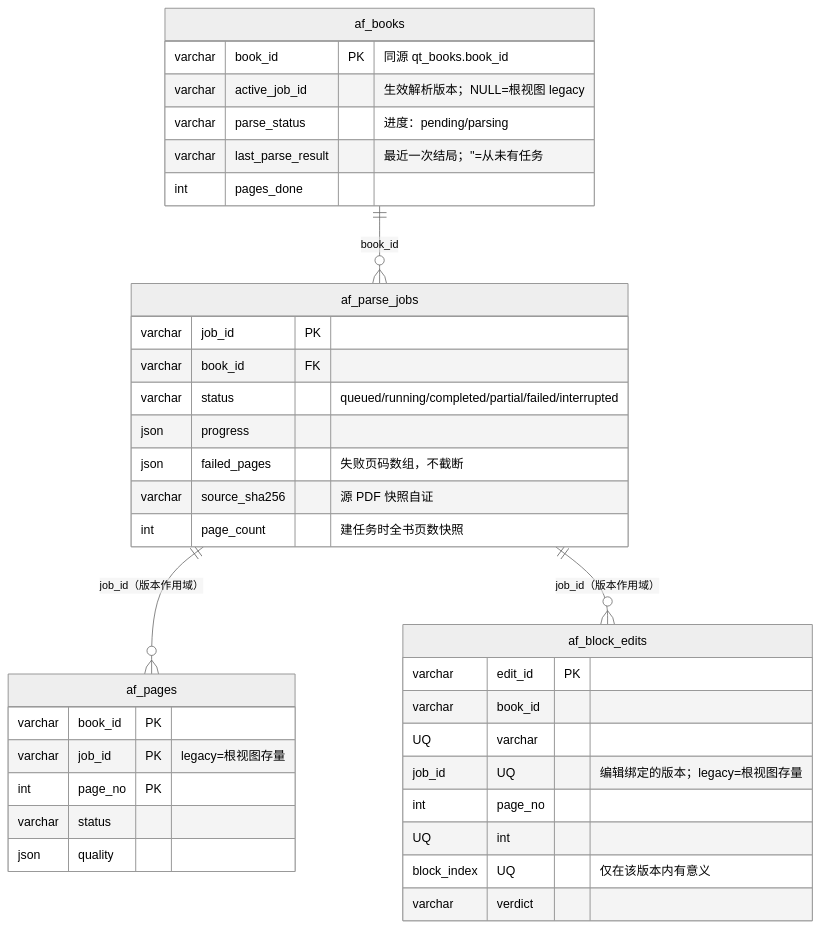
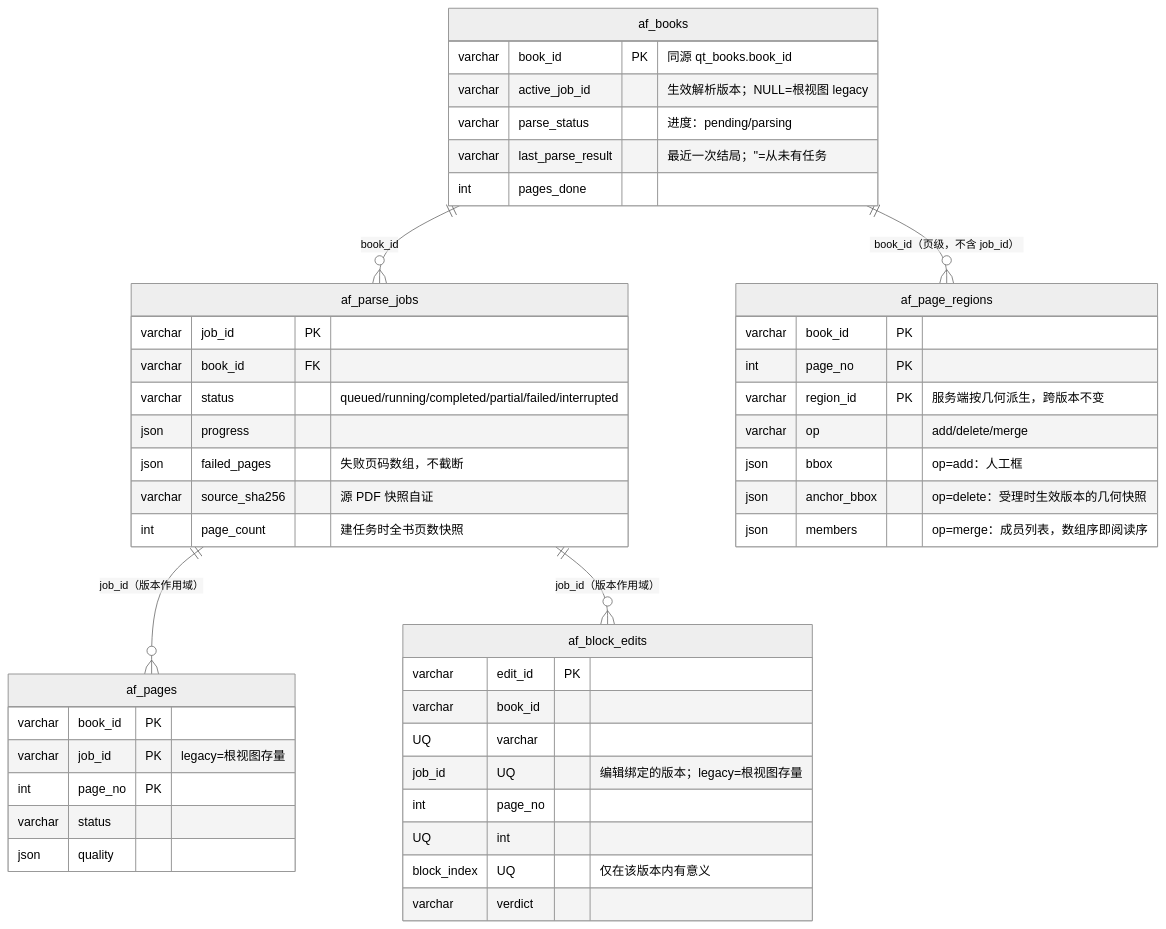
Before and after one commit to swfswf1234/Axiom-Flow: the diagram in docs/architecture/database-design.md, drawn with Mermaid (neutral theme). The commit also changed other lines of this file and 33 other files, not shown here.

Commit message:
feat: PLAN-018 W2 af_page_regions 第五表与结构声明端点落地（并行会话实施，按用户授权整文件提交）＋ ARCH-022/PLAN-019 文档整理批（ADR 0015 元数据接线、ARCH-011 残留措辞改判、状态同步与引用去漂移）

````diff
--- a/docs/architecture/database-design.md
+++ b/docs/architecture/database-design.md
@@ -54,37 +62,47 @@
 ```mermaid
 erDiagram
     af_books ||--o{ af_parse_jobs : "book_id"
     af_parse_jobs ||--o{ af_pages : "job_id（版本作用域）"
     af_parse_jobs ||--o{ af_block_edits : "job_id（版本作用域）"
+    af_books ||--o{ af_page_regions : "book_id（页级，不含 job_id）"
     af_books {
         varchar book_id PK "同源 qt_books.book_id"
         varchar active_job_id "生效解析版本；NULL=根视图 legacy"
         varchar parse_status "进度：pending/parsing"
         varchar last_parse_result "最近一次结局；''=从未有任务"
         int pages_done
     }
     af_parse_jobs {
         varchar job_id PK
         varchar book_id FK
         varchar status "queued/running/completed/partial/failed/interrupted"
         json progress
         json failed_pages "失败页码数组，不截断"
         varchar source_sha256 "源 PDF 快照自证"
         int page_count "建任务时全书页数快照"
     }
     af_pages {
         varchar book_id PK
         varchar job_id PK "legacy=根视图存量"
         int page_no PK
         varchar status
         json quality
     }
     af_block_edits {
         varchar edit_id PK
         varchar book_id UQ
         varchar job_id UQ "编辑绑定的版本；legacy=根视图存量"
         int page_no UQ
         int block_index UQ "仅在该版本内有意义"
         varchar verdict
     }
+    af_page_regions {
+        varchar book_id PK
+        int page_no PK
+        varchar region_id PK "服务端按几何派生，跨版本不变"
+        varchar op "add/delete/merge"
+        json bbox "op=add：人工框"
+        json anchor_bbox "op=delete：受理时生效版本的几何快照"
+        json members "op=merge：成员列表，数组序即阅读序"
+    }
 ```
````
